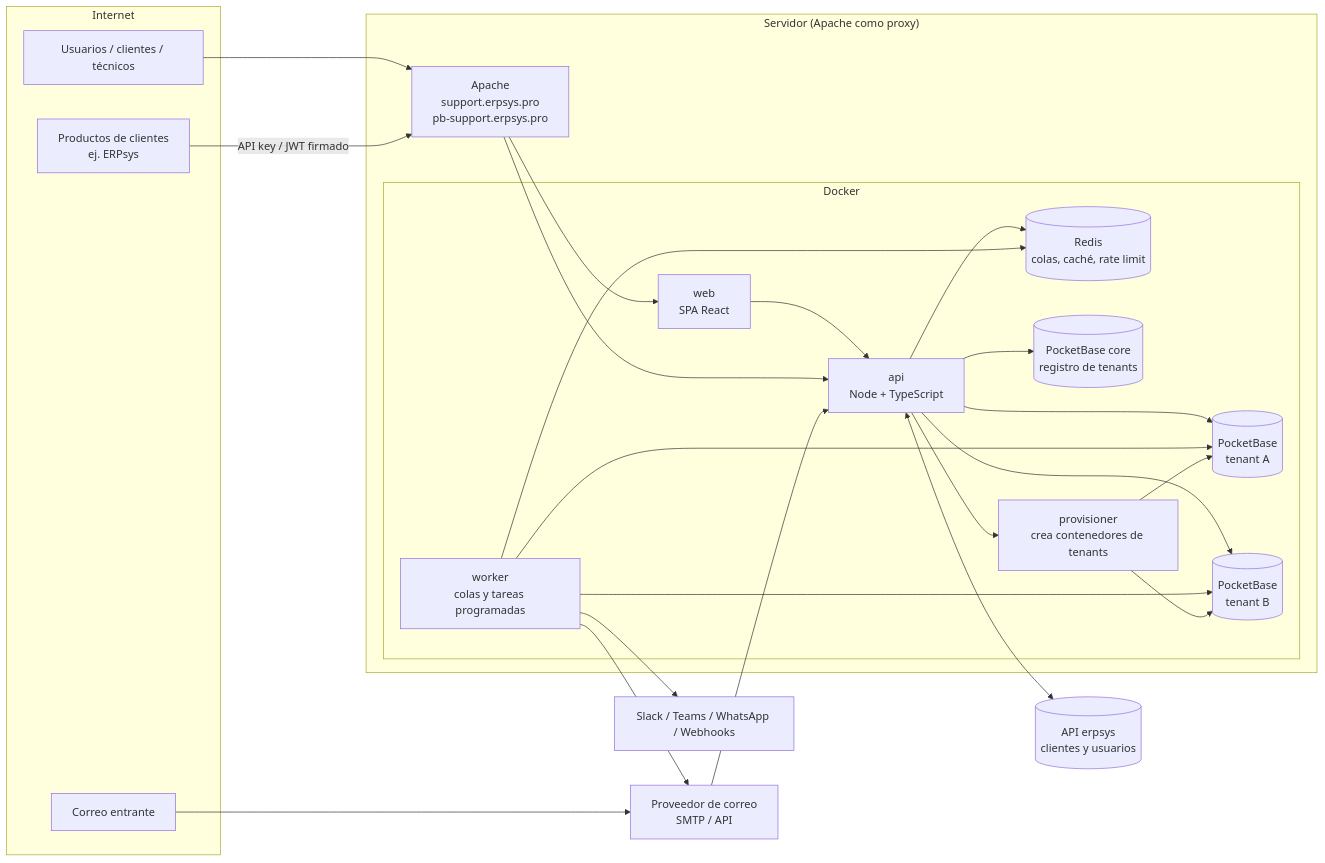
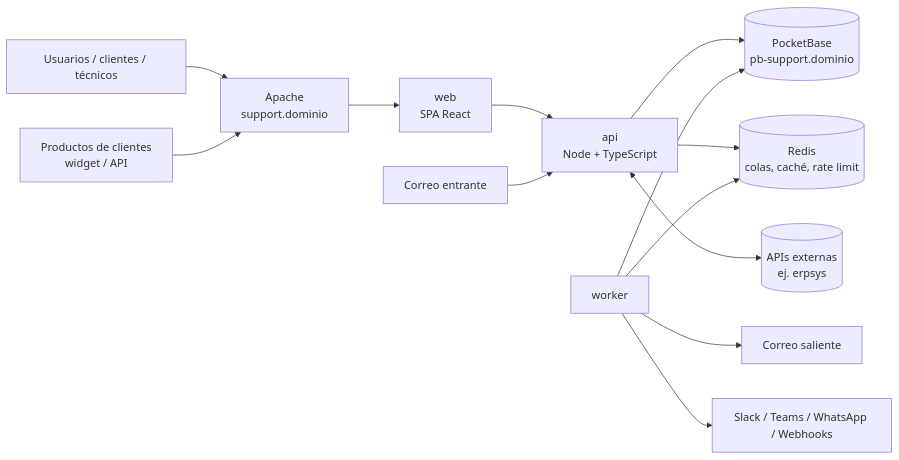
Before and after one commit to archangelgt/helpdesk: the second of 4 diagrams in v2/ROADMAP_MVP.md, drawn with Mermaid. The commit also changed other lines of this file, not shown here.

Commit message:
v2: instancia por empresa en su dominio, i18n es/en/pt, modo claro/oscuro y temas con base visual erpsys

````diff
--- a/v2/ROADMAP_MVP.md
+++ b/v2/ROADMAP_MVP.md
@@ -69,42 +142,15 @@
 ```mermaid
 flowchart LR
-  subgraph Internet
-    U[Usuarios / clientes / técnicos]
-    EXT[Productos de clientes<br/>ej. ERPsys]
-    MAIL[Correo entrante]
-  end
-
-  subgraph Servidor["Servidor (Apache como proxy)"]
-    AP[Apache<br/>support.erpsys.pro<br/>pb-support.erpsys.pro]
-    subgraph Docker
-      WEB[web<br/>SPA React]
-      API[api<br/>Node + TypeScript]
-      WK[worker<br/>colas y tareas programadas]
-      RD[(Redis<br/>colas, caché, rate limit)]
-      CORE[(PocketBase core<br/>registro de tenants)]
-      T1[(PocketBase<br/>tenant A)]
-      T2[(PocketBase<br/>tenant B)]
-      PROV[provisioner<br/>crea contenedores de tenants]
-    end
-  end
-
-  ERP[(API erpsys<br/>clientes y usuarios)]
-  SMTP[Proveedor de correo<br/>SMTP / API]
-  CH[Slack / Teams / WhatsApp / Webhooks]
-
-  U --> AP --> WEB --> API
-  EXT -- API key / JWT firmado --> AP --> API
-  MAIL --> SMTP --> API
-  API --> CORE
-  API --> T1
-  API --> T2
-  API --> RD
-  WK --> RD
-  WK --> T1
-  WK --> T2
-  WK --> SMTP
-  WK --> CH
-  API <--> ERP
-  API --> PROV --> T1
-  PROV --> T2
+  U[Usuarios / clientes / técnicos] --> AP[Apache<br/>support.dominio]
+  EXT[Productos de clientes<br/>widget / API] --> AP
+  AP --> WEB[web<br/>SPA React]
+  WEB --> API[api<br/>Node + TypeScript]
+  API --> PB[(PocketBase<br/>pb-support.dominio)]
+  API --> RD[(Redis<br/>colas, caché, rate limit)]
+  WK[worker] --> RD
+  WK --> PB
+  WK --> SMTP[Correo saliente]
+  WK --> CH[Slack / Teams / WhatsApp / Webhooks]
+  IN[Correo entrante] --> API
+  API <--> ERP[(APIs externas<br/>ej. erpsys)]
 ```
````
